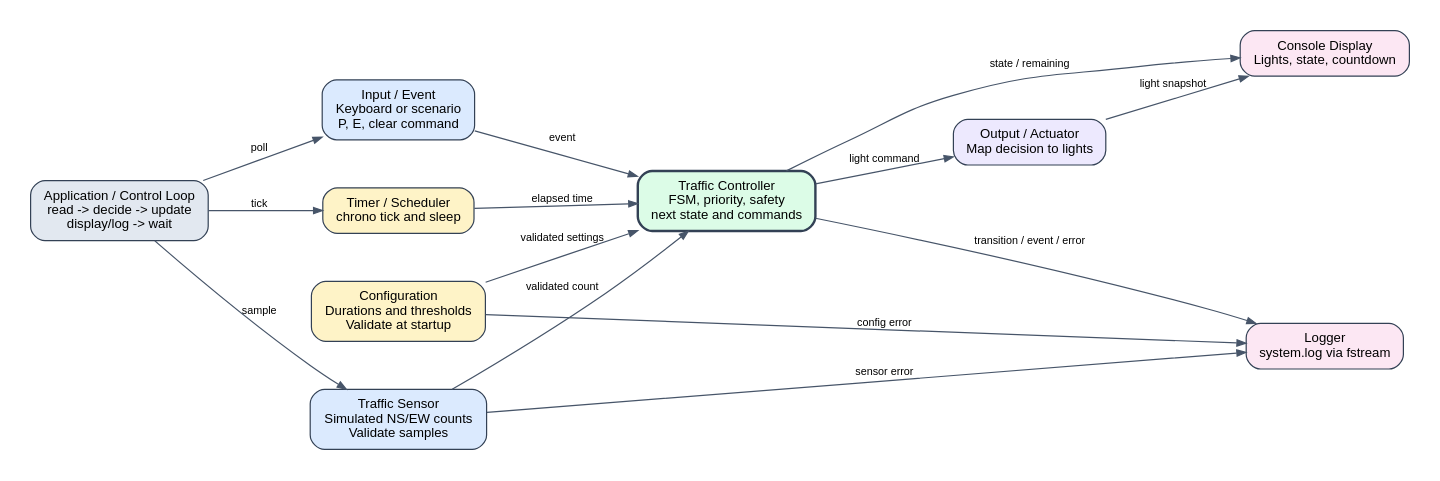
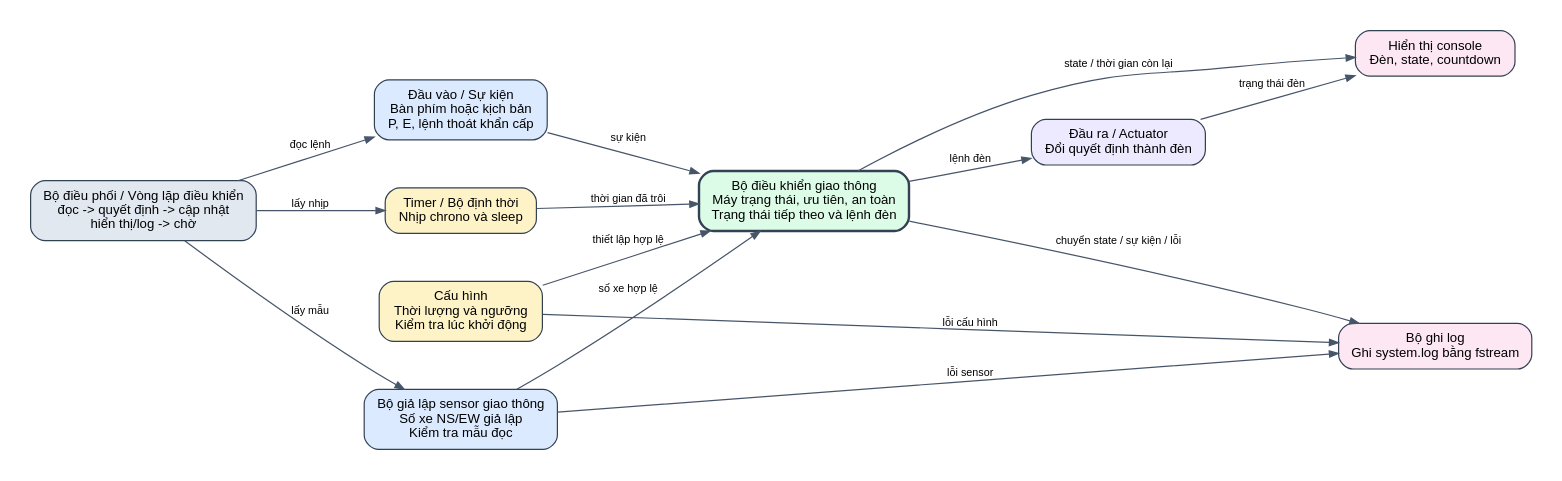
Before and after one commit to levanminh04/CPP_Embedded_Software_Simulation: the diagram in docs/Block_Diagram.dot, drawn with Graphviz. The commit also changed 4 other files, not shown here.

Commit message:
docs: translate requirements and diagrams to vietnamese

```diff
--- a/docs/Block_Diagram.dot
+++ b/docs/Block_Diagram.dot
@@ -1,32 +1,32 @@
-digraph SmartTrafficBlockDiagram {
+digraph SoDoKhoiDenGiaoThong {
   graph [rankdir=LR, bgcolor="white", pad="0.25", nodesep="0.55", ranksep="0.75"];
   node [shape=box, style="rounded,filled", fontname="Arial", fontsize=11, color="#334155", fillcolor="#F8FAFC", margin="0.16,0.10"];
   edge [fontname="Arial", fontsize=9, color="#475569", arrowsize=0.75];
 
-  input [label="Input / Event\nKeyboard or scenario\nP, E, clear command", fillcolor="#DBEAFE"];
-  sensor [label="Traffic Sensor\nSimulated NS/EW counts\nValidate samples", fillcolor="#DBEAFE"];
-  config [label="Configuration\nDurations and thresholds\nValidate at startup", fillcolor="#FEF3C7"];
-  timer [label="Timer / Scheduler\nchrono tick and sleep", fillcolor="#FEF3C7"];
-  controller [label="Traffic Controller\nFSM, priority, safety\nnext state and commands", fillcolor="#DCFCE7", penwidth=2];
-  output [label="Output / Actuator\nMap decision to lights", fillcolor="#EDE9FE"];
-  display [label="Console Display\nLights, state, countdown", fillcolor="#FCE7F3"];
-  logger [label="Logger\nsystem.log via fstream", fillcolor="#FCE7F3"];
-  app [label="Application / Control Loop\nread -> decide -> update\ndisplay/log -> wait", fillcolor="#E2E8F0"];
+  input [label="Đầu vào / Sự kiện\nBàn phím hoặc kịch bản\nP, E, lệnh thoát khẩn cấp", fillcolor="#DBEAFE"];
+  sensor [label="Bộ giả lập sensor giao thông\nSố xe NS/EW giả lập\nKiểm tra mẫu đọc", fillcolor="#DBEAFE"];
+  config [label="Cấu hình\nThời lượng và ngưỡng\nKiểm tra lúc khởi động", fillcolor="#FEF3C7"];
+  timer [label="Timer / Bộ định thời\nNhịp chrono và sleep", fillcolor="#FEF3C7"];
+  controller [label="Bộ điều khiển giao thông\nMáy trạng thái, ưu tiên, an toàn\nTrạng thái tiếp theo và lệnh đèn", fillcolor="#DCFCE7", penwidth=2];
+  output [label="Đầu ra / Actuator\nĐổi quyết định thành đèn", fillcolor="#EDE9FE"];
+  display [label="Hiển thị console\nĐèn, state, countdown", fillcolor="#FCE7F3"];
+  logger [label="Bộ ghi log\nGhi system.log bằng fstream", fillcolor="#FCE7F3"];
+  app [label="Bộ điều phối / Vòng lặp điều khiển\nđọc -> quyết định -> cập nhật\nhiển thị/log -> chờ", fillcolor="#E2E8F0"];
 
   {rank=same; input; sensor; config; timer}
   {rank=same; display; logger}
 
-  app -> input [label="poll"];
-  app -> sensor [label="sample"];
-  app -> timer [label="tick"];
-  config -> controller [label="validated settings"];
-  input -> controller [label="event"];
-  sensor -> controller [label="validated count"];
-  timer -> controller [label="elapsed time"];
-  controller -> output [label="light command"];
-  output -> display [label="light snapshot"];
-  controller -> display [label="state / remaining"];
-  controller -> logger [label="transition / event / error"];
-  sensor -> logger [label="sensor error"];
-  config -> logger [label="config error"];
+  app -> input [label="đọc lệnh"];
+  app -> sensor [label="lấy mẫu"];
+  app -> timer [label="lấy nhịp"];
+  config -> controller [label="thiết lập hợp lệ"];
+  input -> controller [label="sự kiện"];
+  sensor -> controller [label="số xe hợp lệ"];
+  timer -> controller [label="thời gian đã trôi"];
+  controller -> output [label="lệnh đèn"];
+  output -> display [label="trạng thái đèn"];
+  controller -> display [label="state / thời gian còn lại"];
+  controller -> logger [label="chuyển state / sự kiện / lỗi"];
+  sensor -> logger [label="lỗi sensor"];
+  config -> logger [label="lỗi cấu hình"];
 }
```
